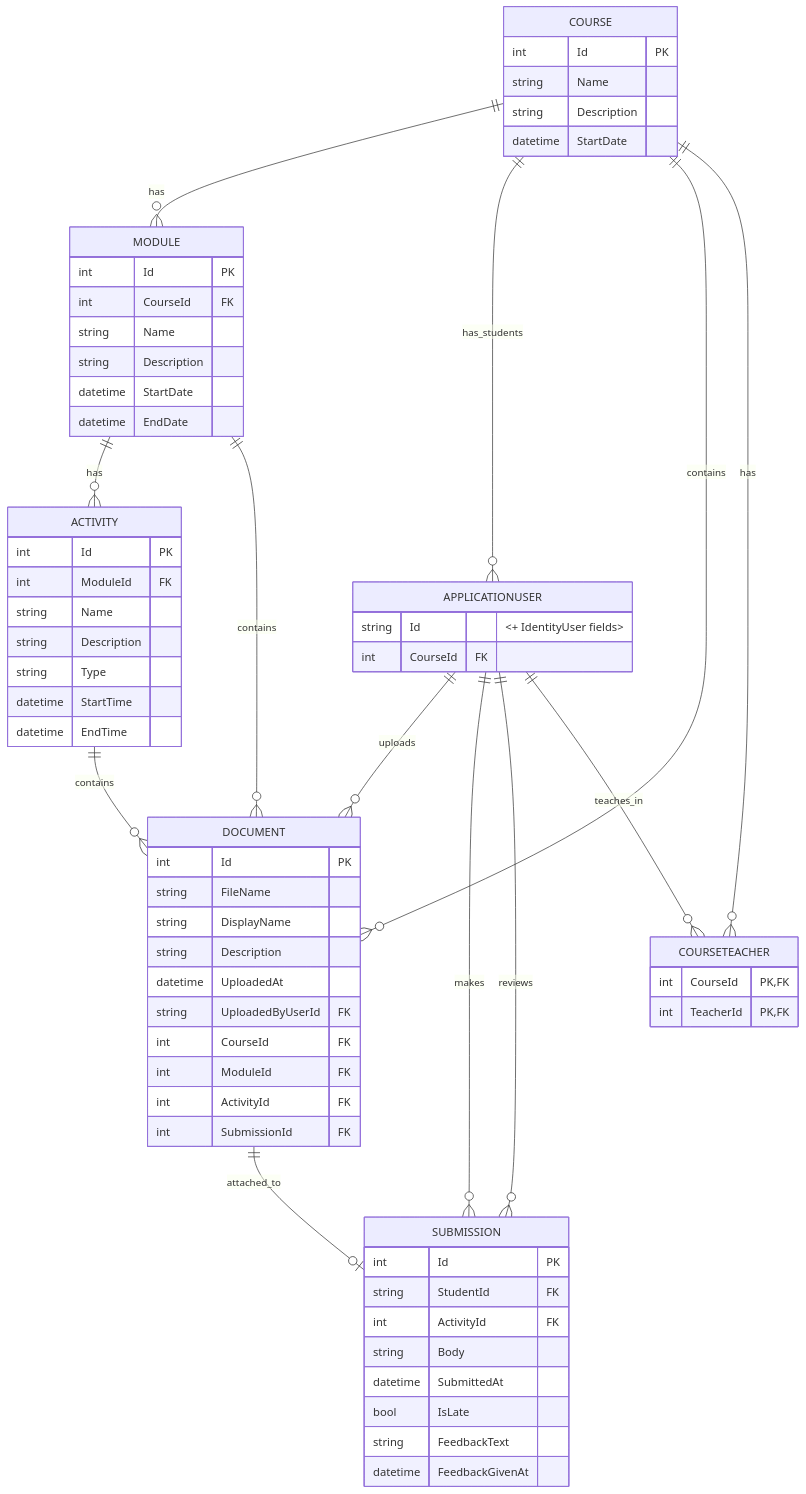
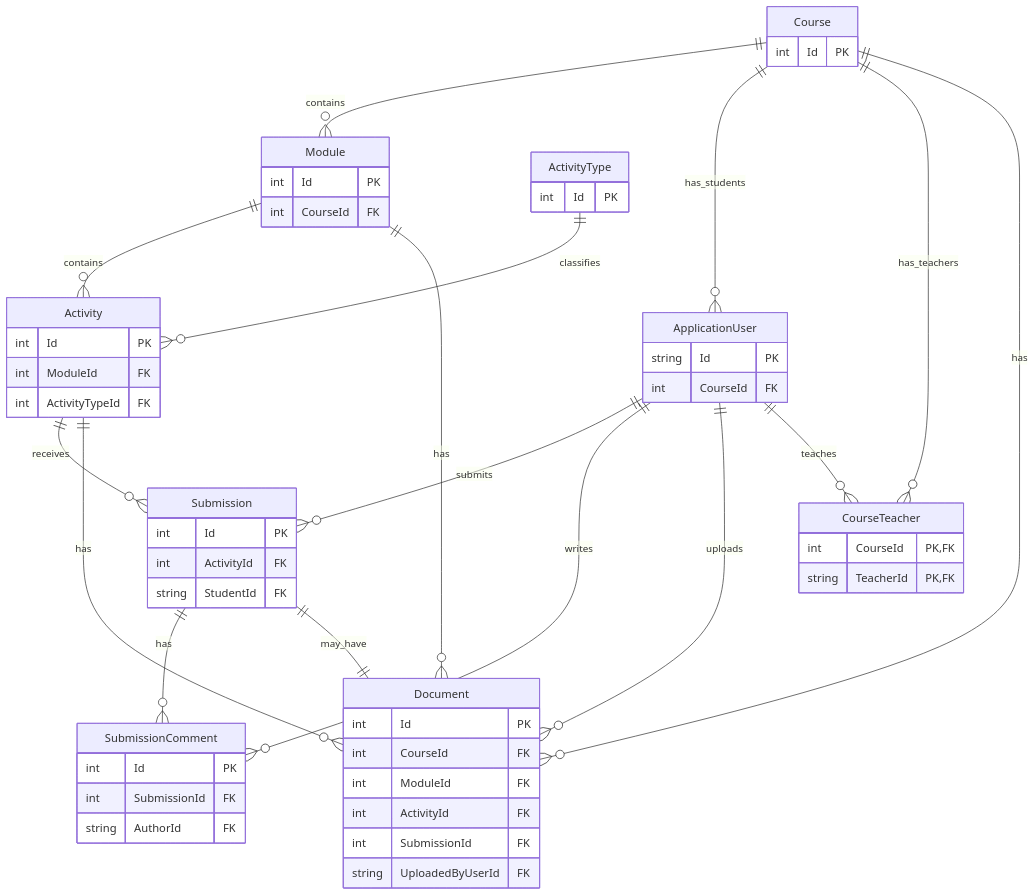
One commit to Lexicon-NET-2025-HT/LMS changed the diagram in README.md. Above: the diagram before and after it, drawn with Mermaid. The commit also changed other lines of this file, not shown here.

Commit message:
update db-schema in readme

````diff
--- a/README.md
+++ b/README.md
@@ -14,75 +14,73 @@
 ```mermaid
 erDiagram
-    APPLICATIONUSER {
-        string Id "<+ IdentityUser fields>"
+    ApplicationUser ||--o{ Submission : submits
+    ApplicationUser ||--o{ SubmissionComment : writes
+    ApplicationUser ||--o{ Document : uploads
+    ApplicationUser ||--o{ CourseTeacher : teaches
+
+    Course ||--o{ Module : contains
+    Course ||--o{ ApplicationUser : has_students
+    Course ||--o{ CourseTeacher : has_teachers
+    Course ||--o{ Document : has
+
+    Module ||--o{ Activity : contains
+    Module ||--o{ Document : has
+
+    ActivityType ||--o{ Activity : classifies
+
+    Activity ||--o{ Submission : receives
+    Activity ||--o{ Document : has
+
+    Submission ||--o{ SubmissionComment : has
+    Submission ||--|| Document : may_have
+
+    ApplicationUser {
+        string Id PK
         int CourseId FK
     }
 
-    COURSE {
+    Course {
         int Id PK
-        string Name
-        string Description
-        datetime StartDate
     }
 
-    MODULE {
+    CourseTeacher {
+        int CourseId PK, FK
+        string TeacherId PK, FK
+    }
+
+    Module {
         int Id PK
         int CourseId FK
-        string Name
-        string Description
-        datetime StartDate
-        datetime EndDate
     }
 
-    ACTIVITY {
+    Activity {
         int Id PK
         int ModuleId FK
-        string Name
-        string Description
-        string Type
-        datetime StartTime
-        datetime EndTime
+        int ActivityTypeId FK
     }
 
-    DOCUMENT {
+    ActivityType {
         int Id PK
-        string FileName
-        string DisplayName
-        string Description
-        datetime UploadedAt
-        string UploadedByUserId FK
+    }
+
+    Submission {
+        int Id PK
+        int ActivityId FK
+        string StudentId FK
+    }
+
+    SubmissionComment {
+        int Id PK
+        int SubmissionId FK
+        string AuthorId FK
+    }
+
+    Document {
+        int Id PK
         int CourseId FK
         int ModuleId FK
         int ActivityId FK
         int SubmissionId FK
+        string UploadedByUserId FK
     }
-
-    SUBMISSION {
-        int Id PK
-        string StudentId FK
-        int ActivityId FK
-        string Body
-        datetime SubmittedAt
-        bool IsLate
-        string FeedbackText
-        datetime FeedbackGivenAt
-    }
-
-    COURSETEACHER {
-        int CourseId PK, FK
-        int TeacherId PK, FK
-    }
-
-    COURSE ||--o{ MODULE : has
-    MODULE ||--o{ ACTIVITY : has
-    COURSE ||--o{ APPLICATIONUSER : has_students
-    APPLICATIONUSER ||--o{ DOCUMENT : uploads
-    COURSE ||--o{ DOCUMENT : contains
-    MODULE ||--o{ DOCUMENT : contains
-    ACTIVITY ||--o{ DOCUMENT : contains
-    APPLICATIONUSER ||--o{ SUBMISSION : makes
-    DOCUMENT ||--o| SUBMISSION : attached_to
-    APPLICATIONUSER ||--o{ SUBMISSION : reviews
-    COURSE ||--o{ COURSETEACHER : has
-    APPLICATIONUSER ||--o{ COURSETEACHER : teaches_in
 ```
````
